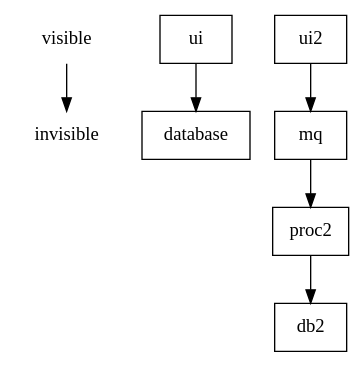
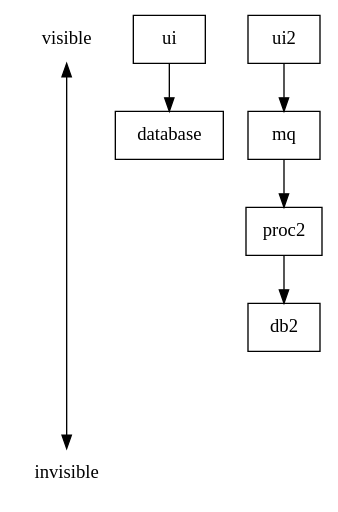
One commit to chriseyre2000/diagrams changed the diagram in wardley-maps/wardley-map.dot. Above: the diagram before and after it, drawn with Graphviz. The commit also changed 1 other file, not shown here.

Commit message:
Improved vertical axis

```diff
--- a/wardley-maps/wardley-map.dot
+++ b/wardley-maps/wardley-map.dot
@@ -1,38 +1,28 @@
 digraph wardleyMap {
   rankdir=TB;
 
-  // Client-side Apps - #FFEB3B (yellow)
-  //node[fillcolor="#FFEB3B" style="filled" fontcolor="black"];
 
-
-  // Storage - #303F9F (dark blue)
-  //node[fillcolor="#303F9F" style="filled" fontcolor="white"];
-  //contentful[label="Contentful Space"];
-  //neo[label="Neo4j"];
-  
-
-  // Microservices - #C8E6C9 (light green)
-  //node[fillcolor="#C8E6C9" style="filled" fontcolor="black"];
-  //contentful_to_neo4j[label="Contentful to Neo4j"]
   node[shape=none]
   visible[rank="min"]
   invisible[rank="max"]
 
   node[shape=box]
   ui[rank="min"]
   database
   ui2[rank="min"]
   mq
   proc2
   db2
 
 
+  subgraph axis {
+    visible -> invisible[dir=both,minlen=5];
+  }
+
   subgraph value {
-    visible -> invisible;
     ui -> database;
     ui2 -> mq -> proc2 -> db2;
   }
 
-  
 
 }
```
